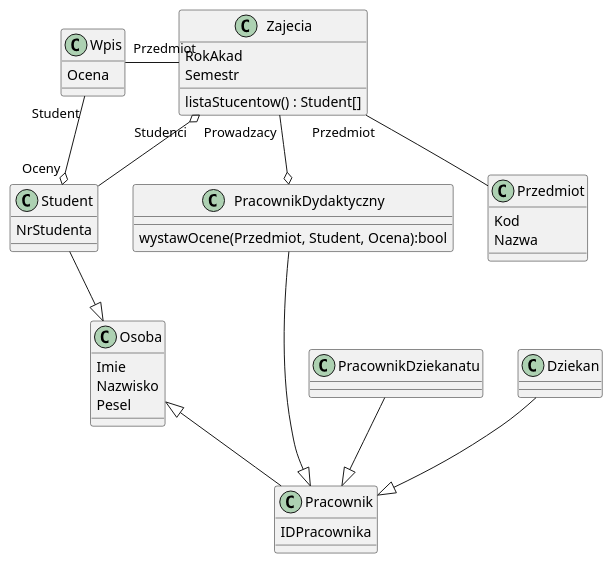
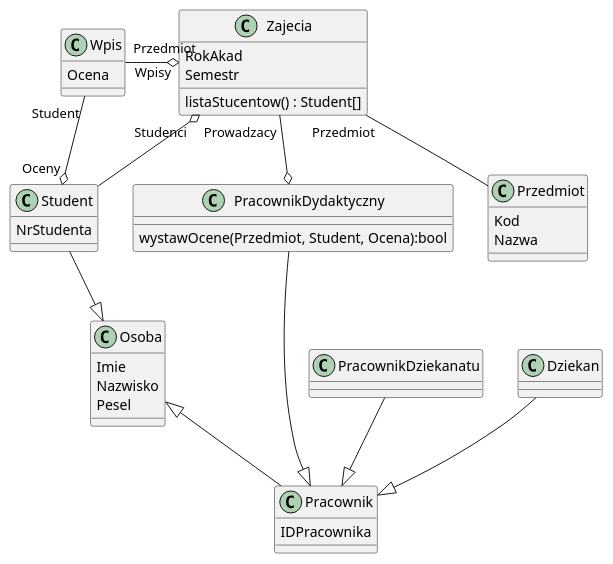
The diagram in Dzienne/usos_class-diagram.plantuml (kpodlaski/Modelowanie_UML_2023), drawn with PlantUML before and after one commit.

Commit message:
poprawka w obiekcie Zajecia

```diff
--- a/Dzienne/usos_class-diagram.plantuml
+++ b/Dzienne/usos_class-diagram.plantuml
@@ -1,49 +1,49 @@
 @startuml
 
 class Osoba{
     Imie 
     Nazwisko
     Pesel
 }
 class Student{
     NrStudenta
 }
 class Pracownik{
     IDPracownika
 }
 class PracownikDydaktyczny{
     wystawOcene(Przedmiot, Student, Ocena):bool
 }
 class PracownikDziekanatu 
 class Dziekan 
 
 class Przedmiot{
     Kod
     Nazwa
 }
 class Zajecia{
     RokAkad
     Semestr
     'Zastąpione linią
     'Przedmiot : Przedmiot
     listaStucentow() : Student[]
 }
 
 class Wpis{
     Ocena
 }
 
 Student --|> Osoba 
 Osoba <|-- Pracownik
 PracownikDziekanatu --|> Pracownik
 PracownikDydaktyczny --|> Pracownik
 Dziekan --|> Pracownik
 
 Wpis "Student" --o "Oceny" Student
 Zajecia "Przedmiot" -- Przedmiot
-Zajecia --left-- "Przedmiot" Wpis
+Zajecia "Wpisy" o--left-- "Przedmiot" Wpis
 Zajecia "Prowadzacy" --o PracownikDydaktyczny
 Zajecia "Studenci" o-- Student
 
 
 @enduml
```
